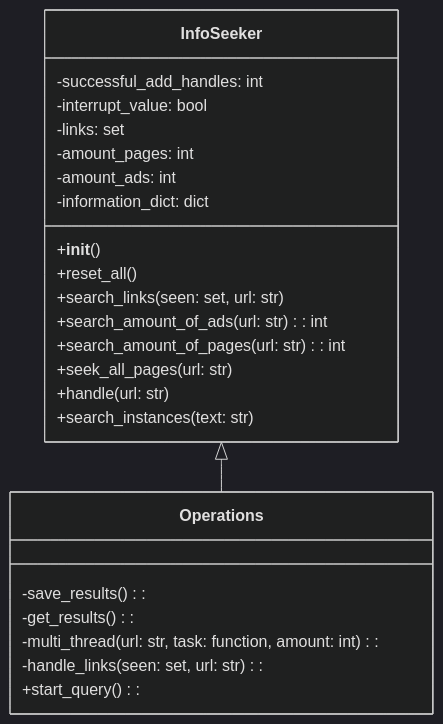
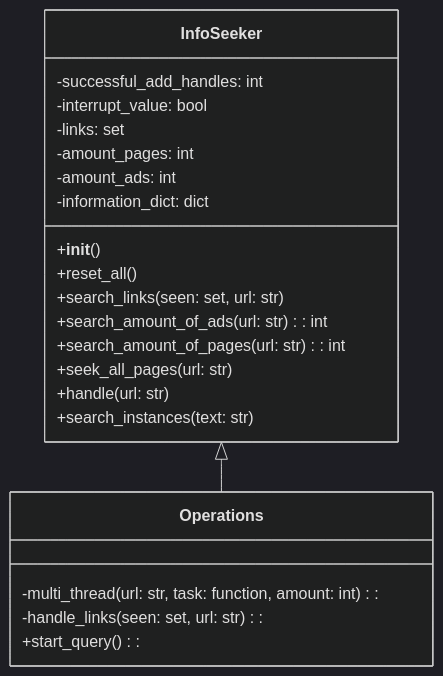
One commit to pakkanep/ot-harjoitustyo changed the diagram in Dokumentaatio/arkkitehtuuri.md. Above: the diagram before and after it, drawn with Mermaid (dark theme).

````diff
--- a/Dokumentaatio/arkkitehtuuri.md
+++ b/Dokumentaatio/arkkitehtuuri.md
@@ -2,29 +2,27 @@
 ```mermaid
 classDiagram
     class InfoSeeker{
         -successful_add_handles: int
         -interrupt_value: bool
         -links: set
         -amount_pages: int
         -amount_ads: int
         -information_dict: dict
         +__init__()
         +reset_all()
         +search_links(seen: set, url: str)
         +search_amount_of_ads(url: str): int
         +search_amount_of_pages(url: str): int
         +seek_all_pages(url: str)
         +handle(url: str)
         +search_instances(text: str)
     }
     class Operations{
-        -save_results():
-        -get_results():
         -multi_thread(url: str, task: function, amount: int):
         -handle_links(seen: set, url: str):
         +start_query():
     }
 
     InfoSeeker <|-- Operations
     
 ```
````
